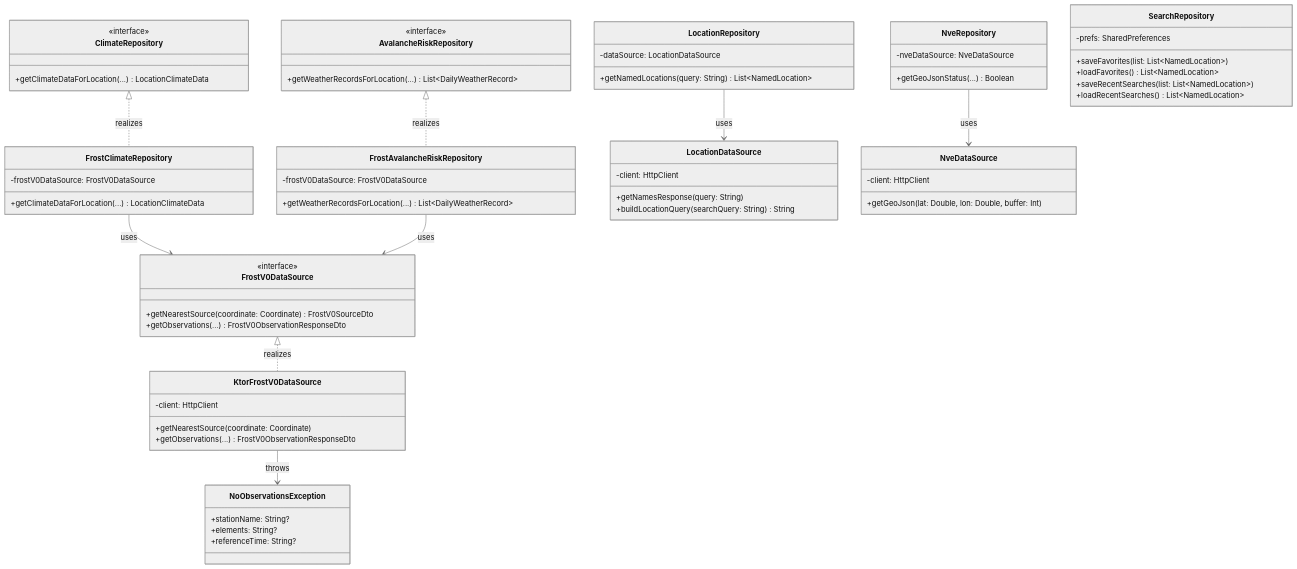
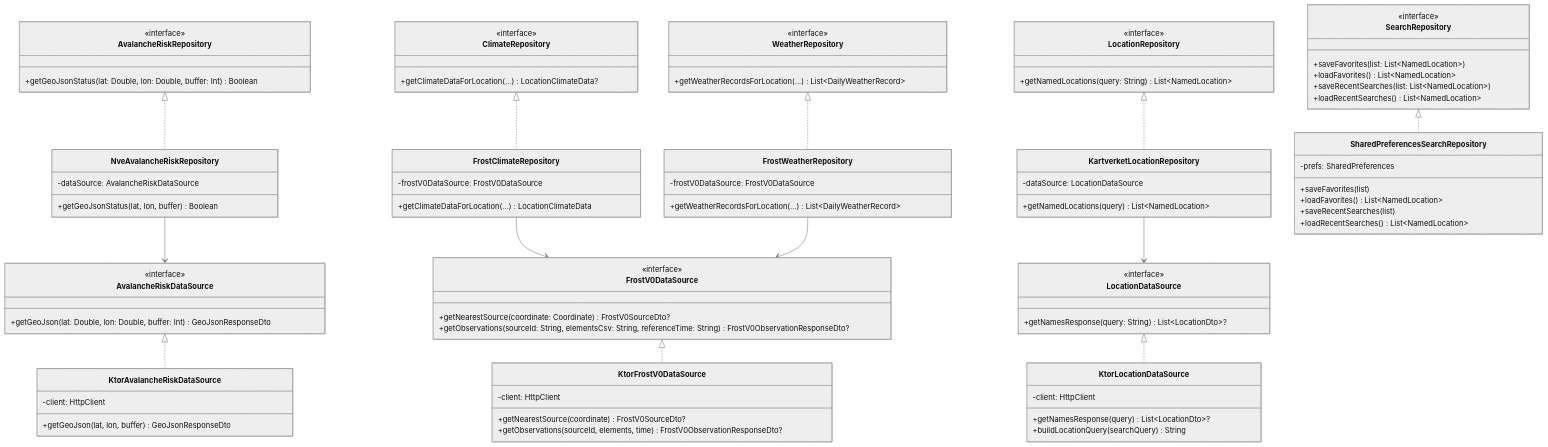
One commit to ajgrow/snowsense changed the third of 7 diagrams in MODELING.md. Above: the diagram before and after it, drawn with Mermaid (neutral theme). The commit also changed other lines of this file, not shown here.

Commit message:
Make class diagrams accurate

````diff
--- a/MODELING.md
+++ b/MODELING.md
@@ -305,69 +305,90 @@
 ```mermaid
 classDiagram
+    direction TB
+    class AvalancheRiskRepository {
+        <<interface>>
+        +getGeoJsonStatus(lat: Double, lon: Double, buffer: Int) Boolean
+    }
     class ClimateRepository {
         <<interface>>
-        +getClimateDataForLocation(...) LocationClimateData
+        +getClimateDataForLocation(...) LocationClimateData?
     }
-    class AvalancheRiskRepository {
+    class WeatherRepository {
         <<interface>>
         +getWeatherRecordsForLocation(...) List~DailyWeatherRecord~
     }
-    class FrostV0DataSource {
+    class LocationRepository {
         <<interface>>
-        +getNearestSource(coordinate: Coordinate) FrostV0SourceDto
-        +getObservations(...) FrostV0ObservationResponseDto
+        +getNamedLocations(query: String) List~NamedLocation~
+    }
+    class SearchRepository {
+        <<interface>>
+        +saveFavorites(list: List~NamedLocation~)
+        +loadFavorites() List~NamedLocation~
+        +saveRecentSearches(list: List~NamedLocation~)
+        +loadRecentSearches() List~NamedLocation~
+    }
+    class NveAvalancheRiskRepository {
+        -dataSource: AvalancheRiskDataSource
+        +getGeoJsonStatus(lat, lon, buffer) Boolean
     }
     class FrostClimateRepository {
         -frostV0DataSource: FrostV0DataSource
         +getClimateDataForLocation(...) LocationClimateData
     }
-    class FrostAvalancheRiskRepository {
+    class FrostWeatherRepository {
         -frostV0DataSource: FrostV0DataSource
         +getWeatherRecordsForLocation(...) List~DailyWeatherRecord~
     }
+    class KartverketLocationRepository {
+        -dataSource: LocationDataSource
+        +getNamedLocations(query) List~NamedLocation~
+    }
+    class SharedPreferencesSearchRepository {
+        -prefs: SharedPreferences
+        +saveFavorites(list)
+        +loadFavorites() List~NamedLocation~
+        +saveRecentSearches(list)
+        +loadRecentSearches() List~NamedLocation~
+    }
+    class AvalancheRiskDataSource {
+        <<interface>>
+        +getGeoJson(lat: Double, lon: Double, buffer: Int) GeoJsonResponseDto
+    }
+    class FrostV0DataSource {
+        <<interface>>
+        +getNearestSource(coordinate: Coordinate) FrostV0SourceDto?
+        +getObservations(sourceId: String, elementsCsv: String, referenceTime: String) FrostV0ObservationResponseDto?
+    }
+    class LocationDataSource {
+        <<interface>>
+        +getNamesResponse(query: String) List~LocationDto~?
+    }
+    class KtorAvalancheRiskDataSource {
+        -client: HttpClient
+        +getGeoJson(lat, lon, buffer) GeoJsonResponseDto
+    }
     class KtorFrostV0DataSource {
         -client: HttpClient
-        +getNearestSource(coordinate: Coordinate)
-        +getObservations(...) FrostV0ObservationResponseDto
+        +getNearestSource(coordinate) FrostV0SourceDto?
+        +getObservations(sourceId, elements, time) FrostV0ObservationResponseDto?
     }
-    class LocationRepository {
-        -dataSource: LocationDataSource
-        +getNamedLocations(query: String) List~NamedLocation~
+    class KtorLocationDataSource {
+        -client: HttpClient
+        +getNamesResponse(query) List~LocationDto~?
+        +buildLocationQuery(searchQuery) String
     }
-    class LocationDataSource {
-        -client: HttpClient
-        +getNamesResponse(query: String)
-        +buildLocationQuery(searchQuery: String) String
-    }
-    class NveRepository {
-        -nveDataSource: NveDataSource
-        +getGeoJsonStatus(...) Boolean
-    }
-    class NveDataSource {
-        -client: HttpClient
-        +getGeoJson(lat: Double, lon: Double, buffer: Int)
-    }
-    class SearchRepository {
-        -prefs: SharedPreferences
-        +saveFavorites(list: List~NamedLocation~)
-        +loadFavorites() List~NamedLocation~
-        +saveRecentSearches(list: List~NamedLocation~)
-        +loadRecentSearches() List~NamedLocation~
-    }
-
-    class NoObservationsException {
-        +stationName: String?
-        +elements: String?
-        +referenceTime: String?
-    }
-
-
-    ClimateRepository <|.. FrostClimateRepository : realizes
-    AvalancheRiskRepository <|.. FrostAvalancheRiskRepository : realizes
-    FrostV0DataSource <|.. KtorFrostV0DataSource : realizes
-    KtorFrostV0DataSource --> NoObservationsException : throws
-    FrostClimateRepository --> FrostV0DataSource : uses
-    FrostAvalancheRiskRepository --> FrostV0DataSource : uses
-    LocationRepository --> LocationDataSource : uses
-    NveRepository --> NveDataSource : uses
+    AvalancheRiskRepository <|.. NveAvalancheRiskRepository
+    ClimateRepository <|.. FrostClimateRepository
+    WeatherRepository <|.. FrostWeatherRepository
+    LocationRepository <|.. KartverketLocationRepository
+    SearchRepository <|.. SharedPreferencesSearchRepository
+    AvalancheRiskDataSource <|.. KtorAvalancheRiskDataSource
+    FrostV0DataSource <|.. KtorFrostV0DataSource
+    LocationDataSource <|.. KtorLocationDataSource
+    NveAvalancheRiskRepository --> AvalancheRiskDataSource
+    FrostClimateRepository --> FrostV0DataSource
+    FrostWeatherRepository --> FrostV0DataSource
+    KartverketLocationRepository --> LocationDataSource
+    
 ```
````
